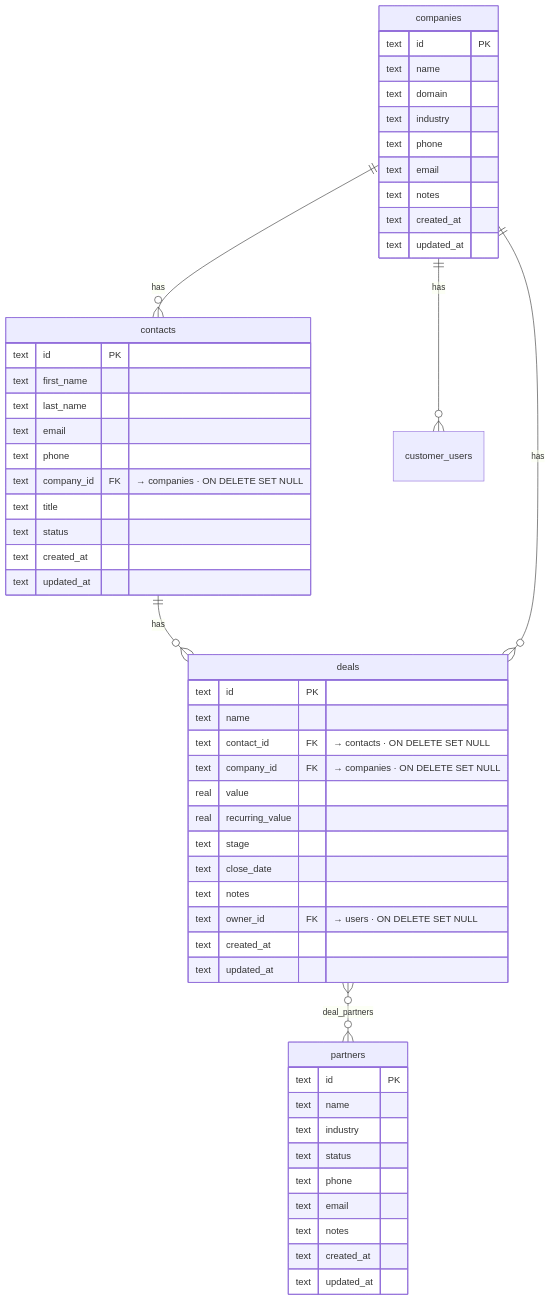
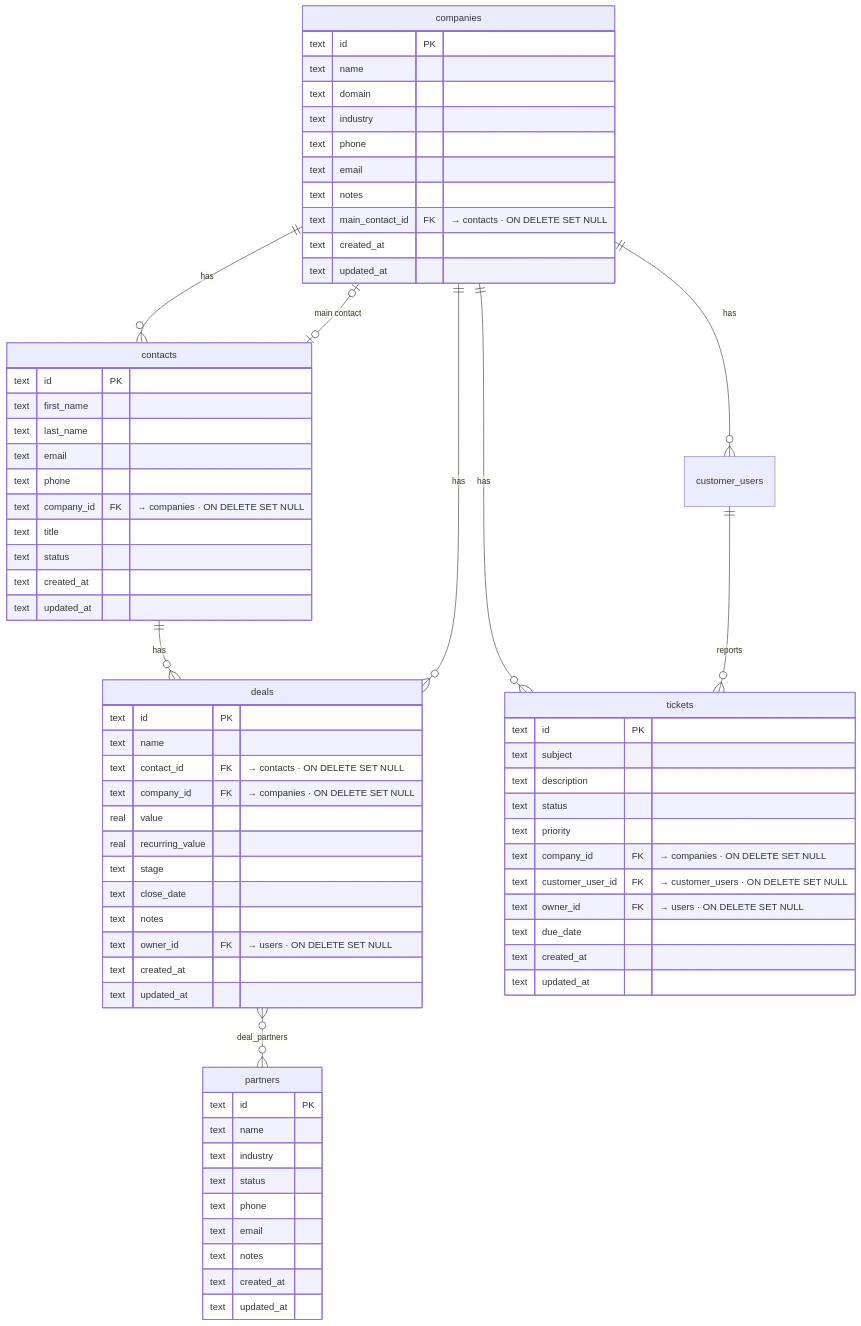
Before and after one commit to franklin83diaz/OpenCRM: the diagram in README.md, drawn with Mermaid. The commit also changed other lines of this file and 49 other files, not shown here.

````diff
--- a/README.md
+++ b/README.md
@@ -187,57 +187,74 @@
 ```mermaid
 erDiagram
     companies ||--o{ contacts : "has"
     contacts  ||--o{ deals    : "has"
     companies ||--o{ deals    : "has"
     deals     }o--o{ partners : "deal_partners"
     companies ||--o{ customer_users : "has"
+    companies ||--o{ tickets  : "has"
+    customer_users ||--o{ tickets : "reports"
+    companies |o--o| contacts : "main contact"
 
     companies {
         text id PK
         text name
         text domain
         text industry
         text phone
         text email
         text notes
+        text main_contact_id FK "→ contacts · ON DELETE SET NULL"
         text created_at
         text updated_at
     }
     contacts {
         text id PK
         text first_name
         text last_name
         text email
         text phone
         text company_id FK "→ companies · ON DELETE SET NULL"
         text title
         text status
         text created_at
         text updated_at
     }
     deals {
         text id PK
         text name
         text contact_id FK "→ contacts · ON DELETE SET NULL"
         text company_id FK "→ companies · ON DELETE SET NULL"
         real value
         real recurring_value
         text stage
         text close_date
         text notes
         text owner_id FK "→ users · ON DELETE SET NULL"
         text created_at
         text updated_at
     }
     partners {
         text id PK
         text name
         text industry
         text status
         text phone
         text email
         text notes
         text created_at
         text updated_at
     }
+    tickets {
+        text id PK
+        text subject
+        text description
+        text status
+        text priority
+        text company_id FK "→ companies · ON DELETE SET NULL"
+        text customer_user_id FK "→ customer_users · ON DELETE SET NULL"
+        text owner_id FK "→ users · ON DELETE SET NULL"
+        text due_date
+        text created_at
+        text updated_at
+    }
 ```
````
